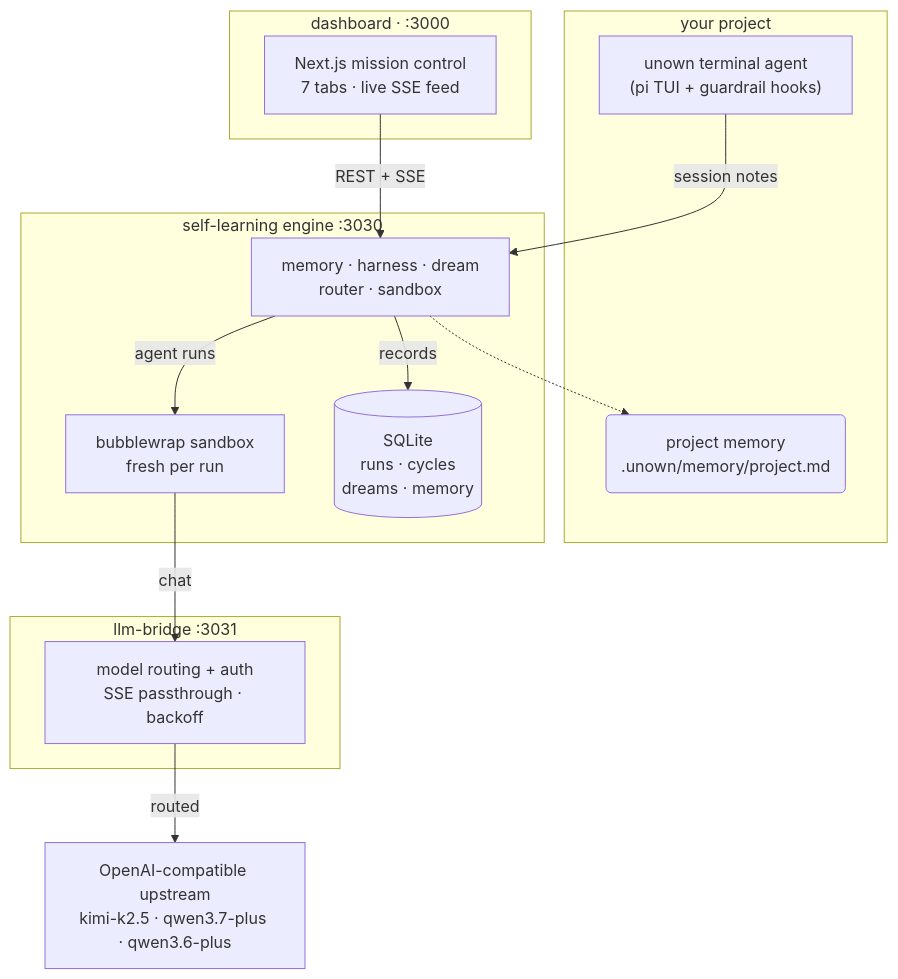
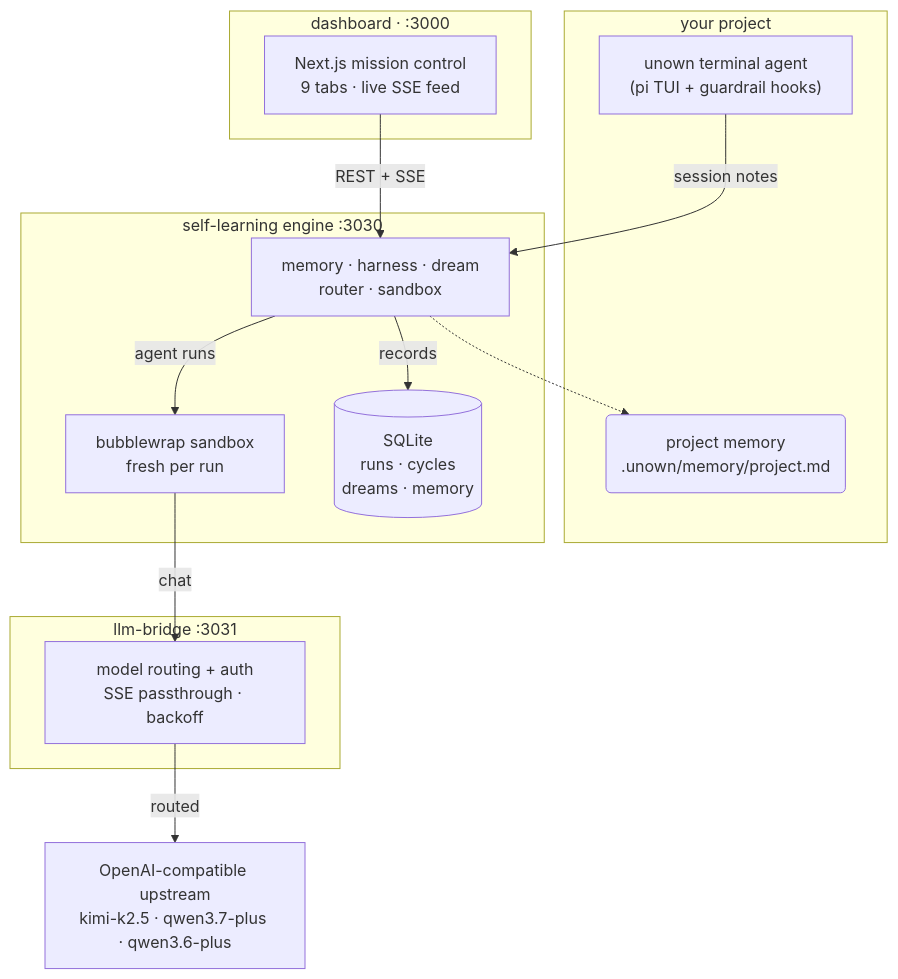
The first of 2 diagrams in README.md (kanishka-namdeo/Unown), drawn with Mermaid before and after one commit. The commit also changed 43 other files, not shown here.

````diff
--- a/README.md
+++ b/README.md
@@ -47,27 +47,27 @@
 ```mermaid
 flowchart TB
     subgraph project["your project"]
         TUI["unown terminal agent<br>(pi TUI + guardrail hooks)"]
         PM("project memory<br>.unown/memory/project.md")
     end
     subgraph dash["dashboard · :3000"]
-        UI["Next.js mission control<br>7 tabs · live SSE feed"]
+        UI["Next.js mission control<br>9 tabs · live SSE feed"]
     end
     subgraph engine["self-learning engine :3030"]
         ENG["memory · harness · dream<br>router · sandbox"]
         SB["bubblewrap sandbox<br>fresh per run"]
         DB[("SQLite<br>runs · cycles<br>dreams · memory")]
     end
     subgraph bridge["llm-bridge :3031"]
         BR["model routing + auth<br>SSE passthrough · backoff"]
     end
     LLM["OpenAI-compatible upstream<br>kimi-k2.5 · qwen3.7-plus · qwen3.6-plus"]
 
     TUI -- "session notes" --> ENG
     UI -- "REST + SSE" --> ENG
     ENG -- "agent runs" --> SB
     SB -- "chat" --> BR
     BR -- "routed" --> LLM
     ENG -- "records" --> DB
     ENG -.-> PM
 ```
````
